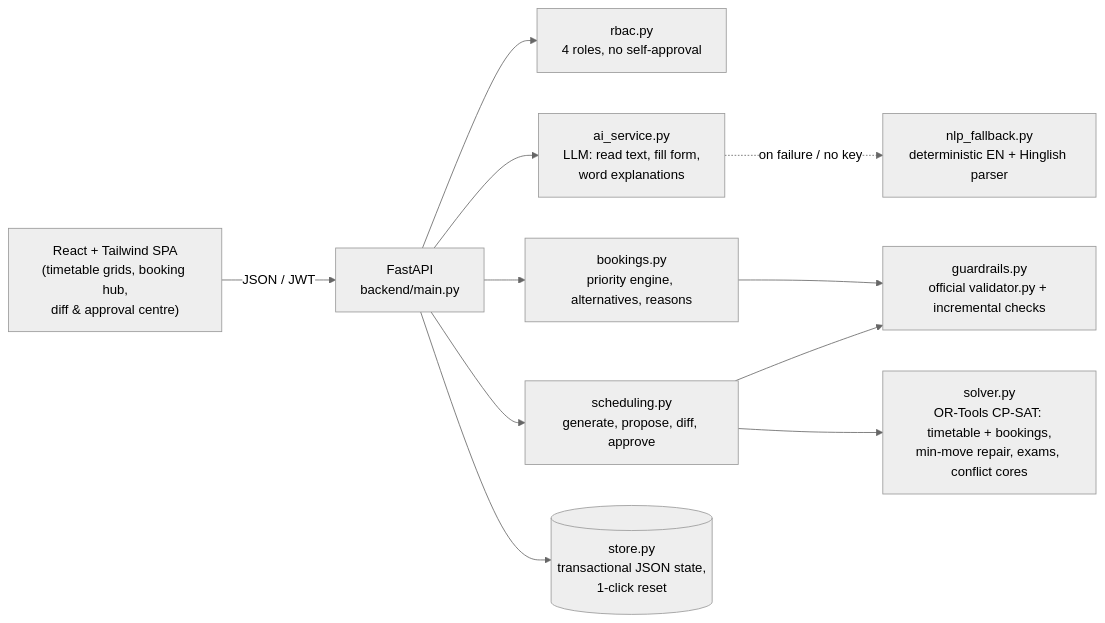
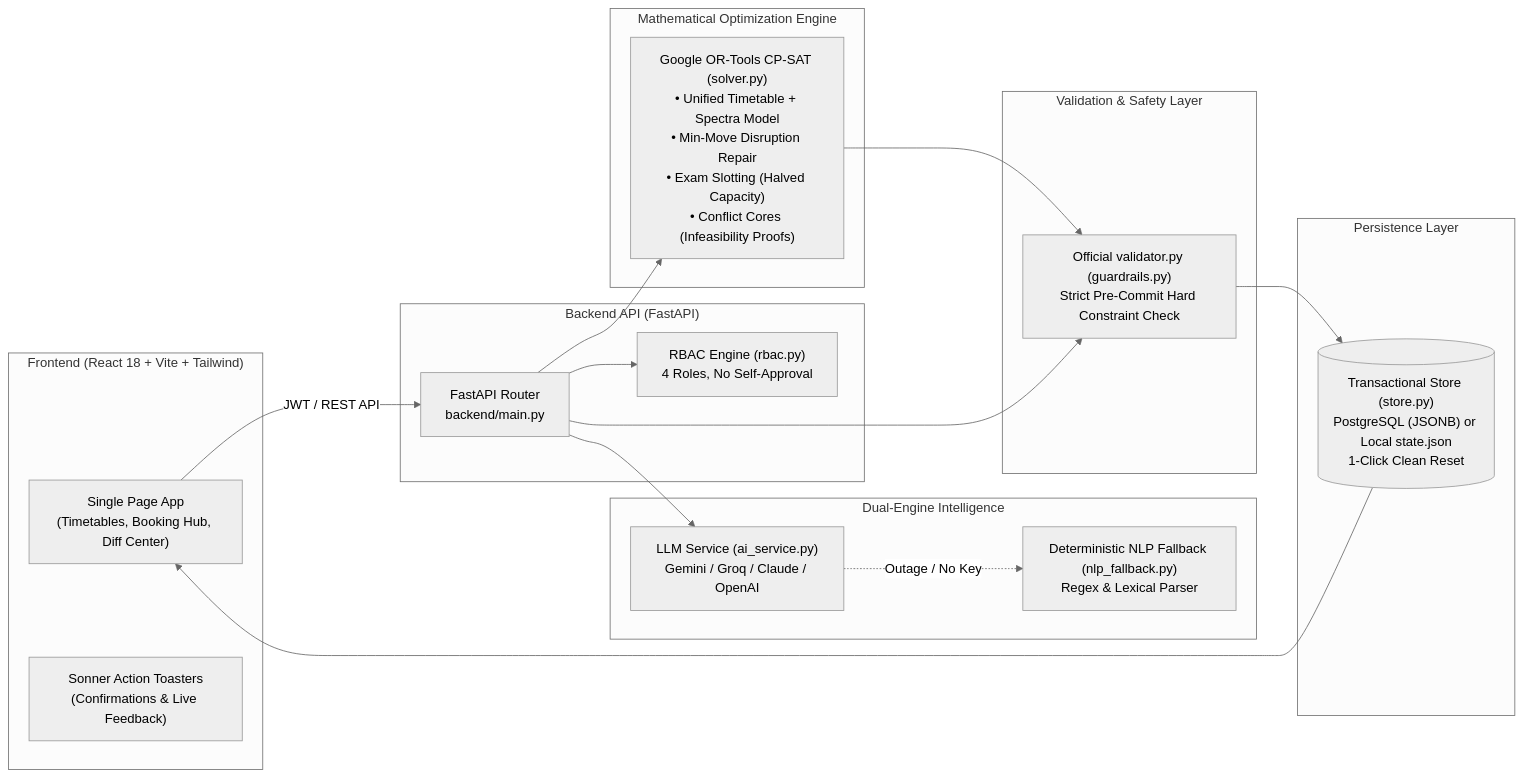
One commit to Krishna-Gupta17/Eternal-Iterators changed the diagram in README.md. Above: the diagram before and after it, drawn with Mermaid (neutral theme). The commit also changed other lines of this file and 14 other files, not shown here.

````diff
--- a/README.md
+++ b/README.md
@@ -43,13 +64,39 @@
 ```mermaid
 flowchart LR
-  UI["React + Tailwind SPA<br/>(timetable grids, booking hub,<br/>diff & approval centre)"] -->|JSON / JWT| API["FastAPI<br/>backend/main.py"]
-  API --> RBAC["rbac.py<br/>4 roles, no self-approval"]
-  API --> AI["ai_service.py<br/>LLM: read text, fill form,<br/>word explanations"]
-  AI -. on failure / no key .-> NLP["nlp_fallback.py<br/>deterministic EN + Hinglish parser"]
-  API --> BK["bookings.py<br/>priority engine, alternatives, reasons"]
-  API --> SCH["scheduling.py<br/>generate, propose, diff, approve"]
-  SCH --> SOL["solver.py<br/>OR-Tools CP-SAT: timetable + bookings,<br/>min-move repair, exams, conflict cores"]
-  BK --> GR
-  SCH --> GR["guardrails.py<br/>official validator.py + incremental checks"]
-  API --> ST[("store.py<br/>transactional JSON state,<br/>1-click reset")]
+  subgraph Frontend["Frontend (React 18 + Vite + Tailwind)"]
+    UI["Single Page App<br/>(Timetables, Booking Hub, Diff Center)"]
+    TOAST["Sonner Action Toasters<br/>(Confirmations & Live Feedback)"]
+  end
+
+  subgraph API["Backend API (FastAPI)"]
+    ROUTER["FastAPI Router<br/>backend/main.py"]
+    RBAC["RBAC Engine (rbac.py)<br/>4 Roles, No Self-Approval"]
+  end
+
+  subgraph Intelligence["Dual-Engine Intelligence"]
+    LLM["LLM Service (ai_service.py)<br/>Gemini / Groq / Claude / OpenAI"]
+    NLP["Deterministic NLP Fallback (nlp_fallback.py)<br/>Regex & Lexical Parser"]
+  end
+
+  subgraph Solver["Mathematical Optimization Engine"]
+    CPSAT["Google OR-Tools CP-SAT (solver.py)<br/>• Unified Timetable + Spectra Model<br/>• Min-Move Disruption Repair<br/>• Exam Slotting (Halved Capacity)<br/>• Conflict Cores (Infeasibility Proofs)"]
+  end
+
+  subgraph Guardrails["Validation & Safety Layer"]
+    VAL["Official validator.py (guardrails.py)<br/>Strict Pre-Commit Hard Constraint Check"]
+  end
+
+  subgraph Storage["Persistence Layer"]
+    STORE[("Transactional Store (store.py)<br/>PostgreSQL (JSONB) or Local state.json<br/>1-Click Clean Reset")]
+  end
+
+  UI -->|JWT / REST API| ROUTER
+  ROUTER --> RBAC
+  ROUTER --> LLM
+  LLM -. Outage / No Key .-> NLP
+  ROUTER --> CPSAT
+  CPSAT --> VAL
+  ROUTER --> VAL
+  VAL --> STORE
+  STORE --> UI
 ```
````
